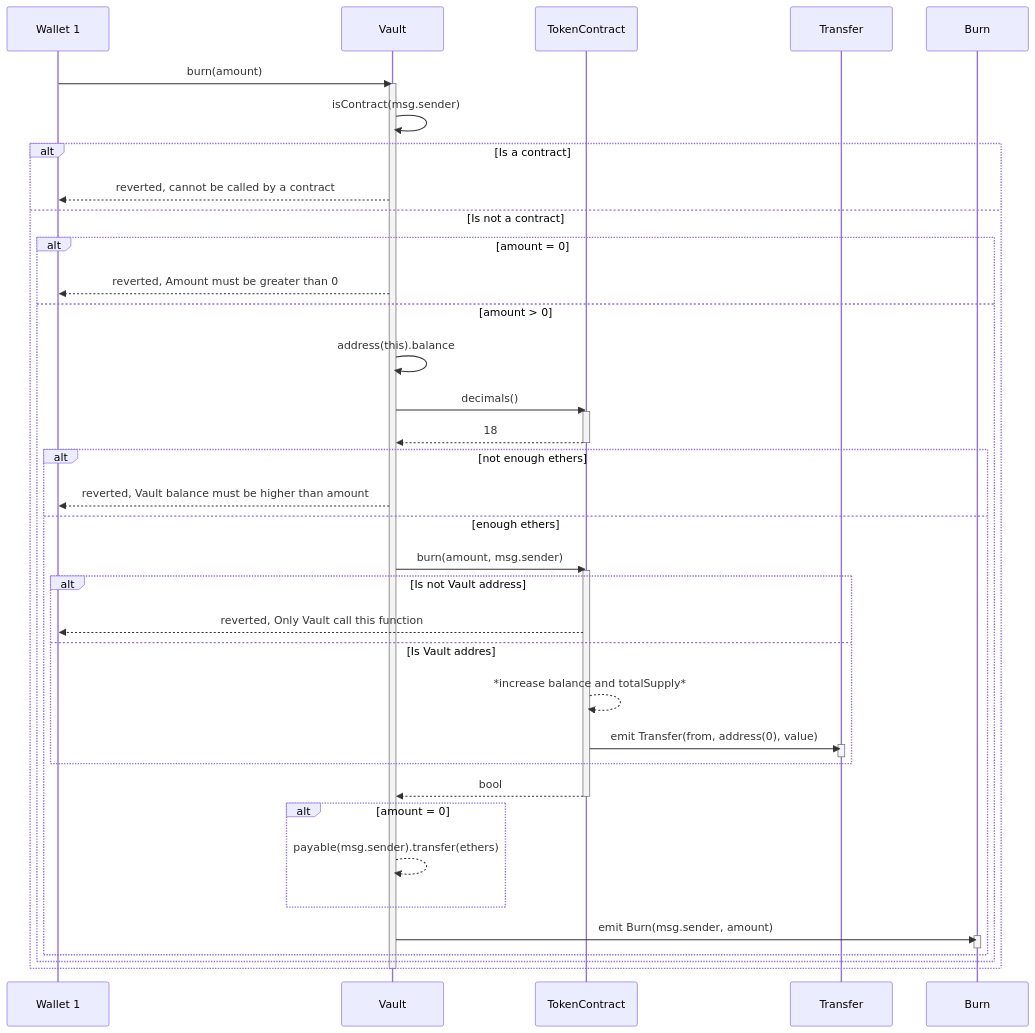
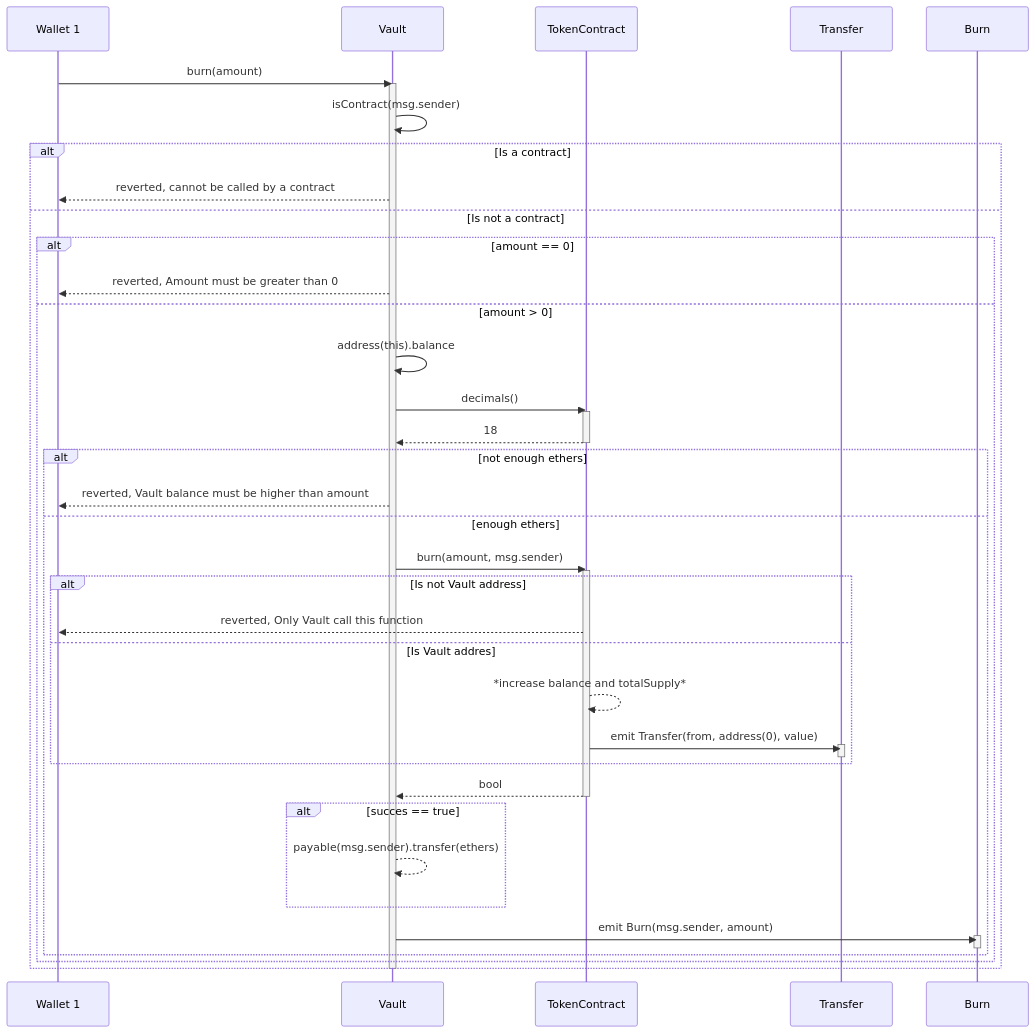
Before and after one commit to ramigonzalez/staking-platform: the fourth of 5 diagrams in Documents/SequenceDiagrams.md, drawn with Mermaid.

````diff
--- a/Documents/SequenceDiagrams.md
+++ b/Documents/SequenceDiagrams.md
@@ -76,44 +76,44 @@
 ```mermaid
 sequenceDiagram
 Wallet 1->>Vault: burn(amount)
 activate Vault
 Vault->>Vault: isContract(msg.sender)
 alt Is a contract
     Vault-->>Wallet 1: reverted, cannot be called by a contract
 else Is not a contract
-    alt amount = 0
+    alt amount == 0
         Vault-->>Wallet 1: reverted, Amount must be greater than 0
     else amount > 0
         Vault->>Vault: address(this).balance
         Vault->>TokenContract: decimals()
         activate TokenContract
         TokenContract-->>Vault: 18
         deactivate TokenContract
         alt not enough ethers
             Vault-->>Wallet 1: reverted, Vault balance must be higher than amount
         else enough ethers
             Vault->>TokenContract: burn(amount, msg.sender)
             activate TokenContract
             alt Is not Vault address
                 TokenContract-->>Wallet 1: reverted, Only Vault call this function
             else Is Vault addres
                 TokenContract-->>TokenContract: *increase balance and totalSupply*
                 TokenContract->>Transfer: emit Transfer(from, address(0), value)
                 activate Transfer
                 deactivate Transfer
             end
             TokenContract-->>Vault: bool
             deactivate TokenContract
 
-            alt amount = 0
+            alt succes == true
                 Vault-->>Vault: payable(msg.sender).transfer(ethers)
             end
 
             Vault->>Burn: emit Burn(msg.sender, amount)
             activate Burn
             deactivate Burn
         end  
     end
 end
 deactivate Vault
 ```
````
